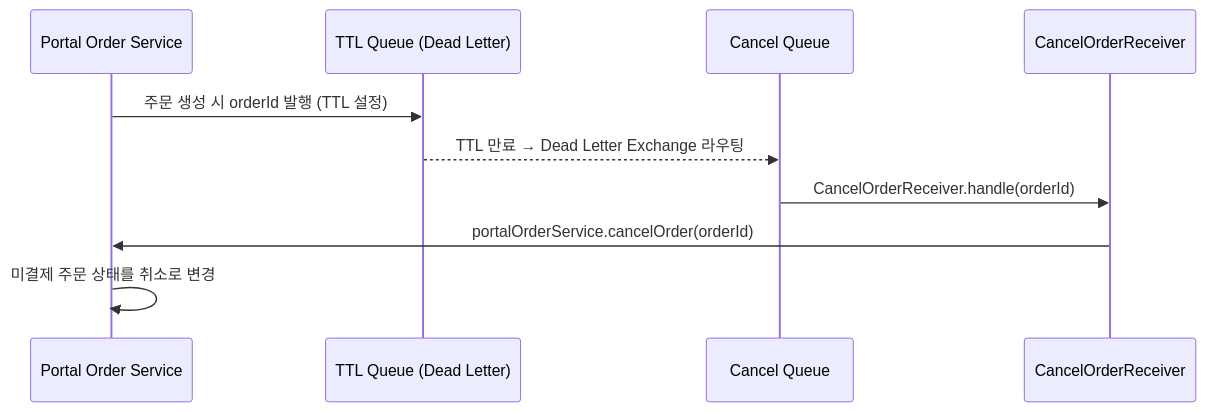
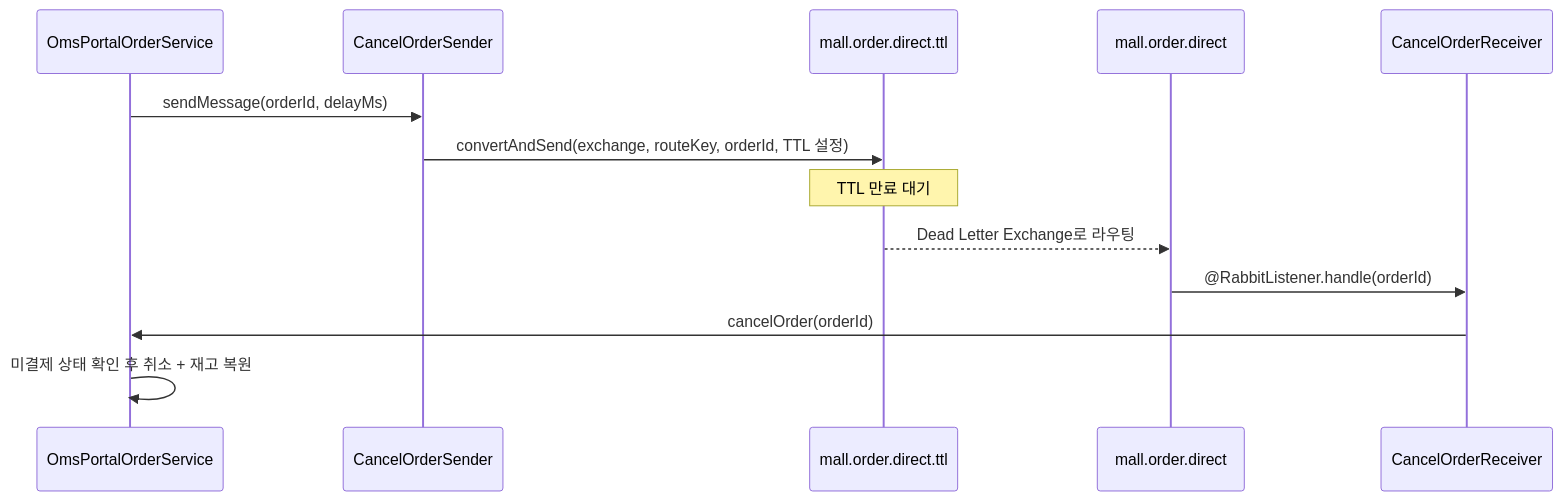
Before and after one commit to HojinJava/wyhil: the fourth of 4 diagrams in mall/codebase.md, drawn with Mermaid. The commit also changed other lines of this file, not shown here.

First line of the commit message:
docs: add codebase.md for mall project [#19]

````diff
--- a/mall/codebase.md
+++ b/mall/codebase.md
@@ -190,13 +230,16 @@
 ```mermaid
 sequenceDiagram
-    participant P as Portal Order Service
-    participant TTL as TTL Queue (Dead Letter)
-    participant DL as Cancel Queue
-    participant R as CancelOrderReceiver
+    participant S as OmsPortalOrderService
+    participant Sender as CancelOrderSender
+    participant TTL as mall.order.direct.ttl
+    participant DL as mall.order.direct
+    participant Recv as CancelOrderReceiver
 
-    P->>TTL: 주문 생성 시 orderId 발행 (TTL 설정)
-    TTL-->>DL: TTL 만료 → Dead Letter Exchange 라우팅
-    DL->>R: CancelOrderReceiver.handle(orderId)
-    R->>P: portalOrderService.cancelOrder(orderId)
-    P->>P: 미결제 주문 상태를 취소로 변경
+    S->>Sender: sendMessage(orderId, delayMs)
+    Sender->>TTL: convertAndSend(exchange, routeKey, orderId, TTL 설정)
+    Note over TTL: TTL 만료 대기
+    TTL-->>DL: Dead Letter Exchange로 라우팅
+    DL->>Recv: @RabbitListener.handle(orderId)
+    Recv->>S: cancelOrder(orderId)
+    S->>S: 미결제 상태 확인 후 취소 + 재고 복원
 ```
````
